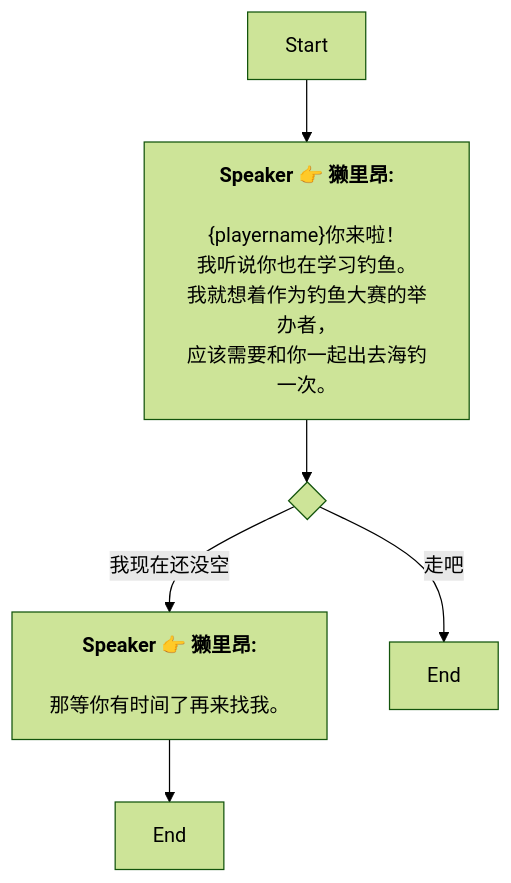
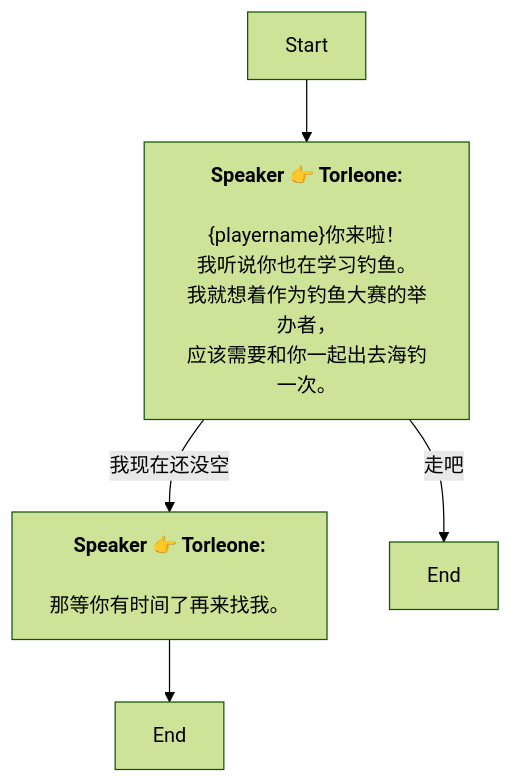
The diagram in Zh/QuestTalkObjectiveNode_1756252308078735.md (SoftHu/tos_avg), drawn with Mermaid (forest theme) before and after one commit. The commit also changed 737 other files, not shown here.

````diff
--- a/Zh/QuestTalkObjectiveNode_1756252308078735.md
+++ b/Zh/QuestTalkObjectiveNode_1756252308078735.md
@@ -1,16 +1,12 @@
 ```mermaid
 graph
-Start -->1756252624199884[<b>Speaker 👉 獭里昂:</b>
-
-&lbrace;playername&rbrace;你来啦！
-我听说你也在学习钓鱼。
-我就想着作为钓鱼大赛的举办者，
+Start -->1756252624199884[<b>Speaker 👉 Torleone:</b>
+\n&lbrace;playername&rbrace;你来啦！
+我听说你也在学习钓鱼。\n我就想着作为钓鱼大赛的举办者，
 应该需要和你一起出去海钓一次。]
-1756252624199884 -->1756252652549325{ }
-1756252652549325 -->|我现在还没空|1756252674743506[<b>Speaker 👉 獭里昂:</b>
-
-那等你有时间了再来找我。]
-1756252652549325 -->|走吧|1756252702928083[End]
+1756252624199884 -->|我现在还没空|1756252674743506[<b>Speaker 👉 Torleone:</b>
+\n那等你有时间了再来找我。]
+1756252624199884 -->|走吧|1756252702928083[End]
 1756252674743506 -->1756252708831444[End]
 
- ```
+```
````
